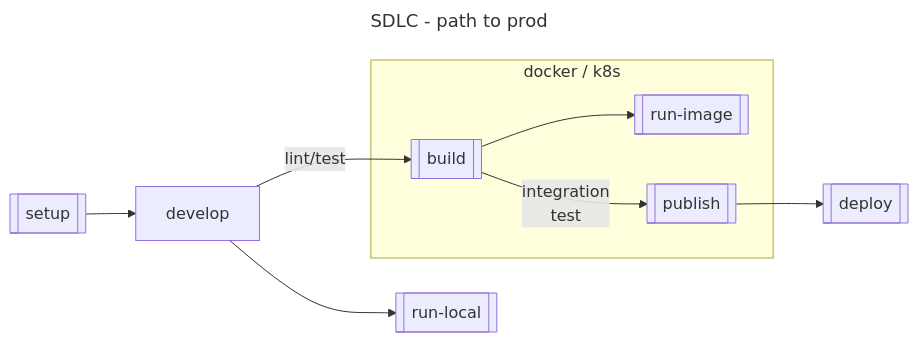
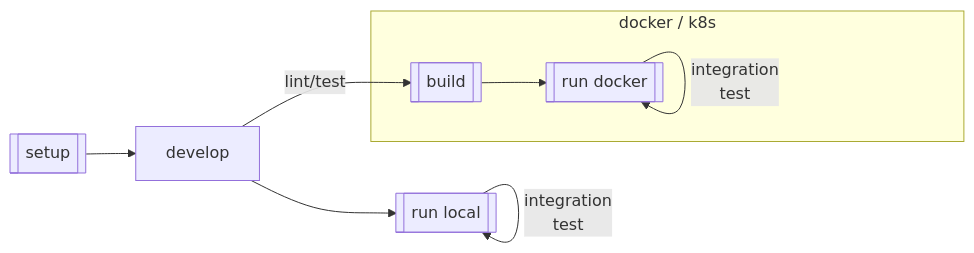
One commit to DataBiosphere/terra-java-project-template changed the diagram in CONTRIBUTING.md. Above: the diagram before and after it, drawn with Mermaid. The commit also changed other lines of this file, not shown here.

Commit message:
docs: CONTRIBUTING snapshot

````diff
--- a/CONTRIBUTING.md
+++ b/CONTRIBUTING.md
@@ -27,28 +27,21 @@
 ```mermaid
----
-title: SDLC - path to prod
----
 flowchart LR
+  e[[setup]]
+  v[develop]
+  e --> v
+  rc[[run local]]
+  v --> rc
+  rc -- " integration
+  test " --> rc
 
-e[[setup]]
-v[develop]
-e-->v
+  subgraph docker / k8s
+    b[[build]]
+    rd[[run docker]]
 
-rv[[run-local]]
-v-->rv
+    b --> rd
 
-subgraph docker / k8s
-b[[build]]
-r[[run-image]]
-
-b-->r
-
-p[[publish]]
-b--"integration
-test"-->p
-end
-v--lint/test-->b
-
-d[[deploy]]
-p-->d
+    rd -- " integration
+    test " --> rd
+  end
+  v -- lint/test --> b
 ```
````
